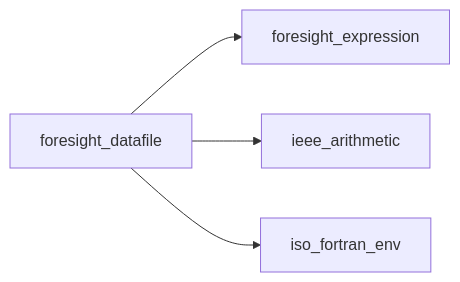
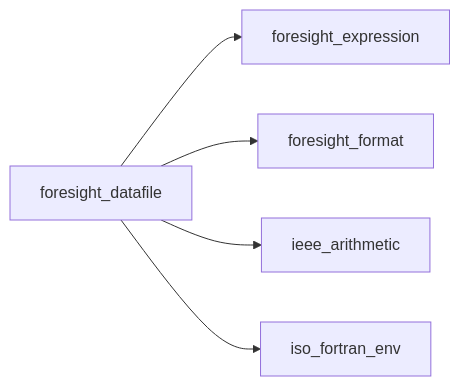
Before and after one commit to szaghi/foresight: the first of 11 diagrams in docs/api/src/lib/foresight_datafile.md, drawn with Mermaid. The commit also changed other lines of this file and 97 other files, not shown here.

````diff
--- a/docs/api/src/lib/foresight_datafile.md
+++ b/docs/api/src/lib/foresight_datafile.md
@@ -21,6 +33,7 @@
 ```mermaid
 graph LR
   foresight_datafile["foresight_datafile"] --> foresight_expression["foresight_expression"]
+  foresight_datafile["foresight_datafile"] --> foresight_format["foresight_format"]
   foresight_datafile["foresight_datafile"] --> ieee_arithmetic["ieee_arithmetic"]
   foresight_datafile["foresight_datafile"] --> iso_fortran_env["iso_fortran_env"]
 ```
````
